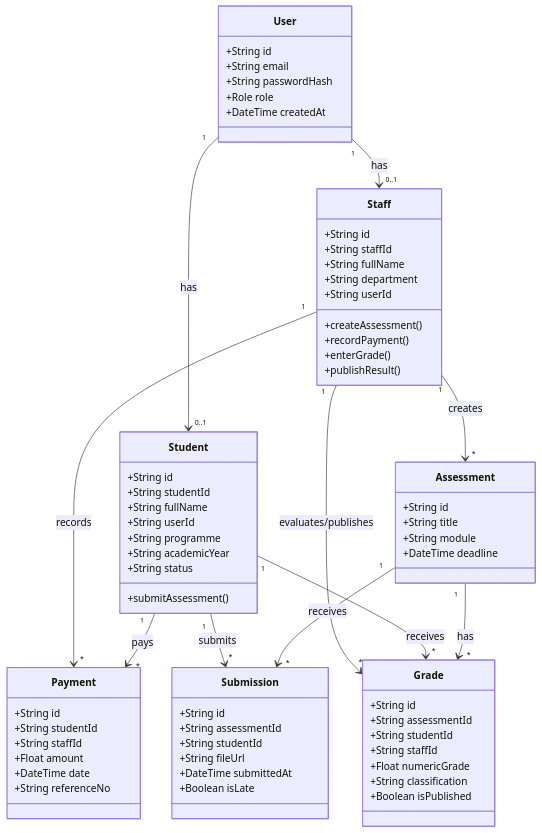
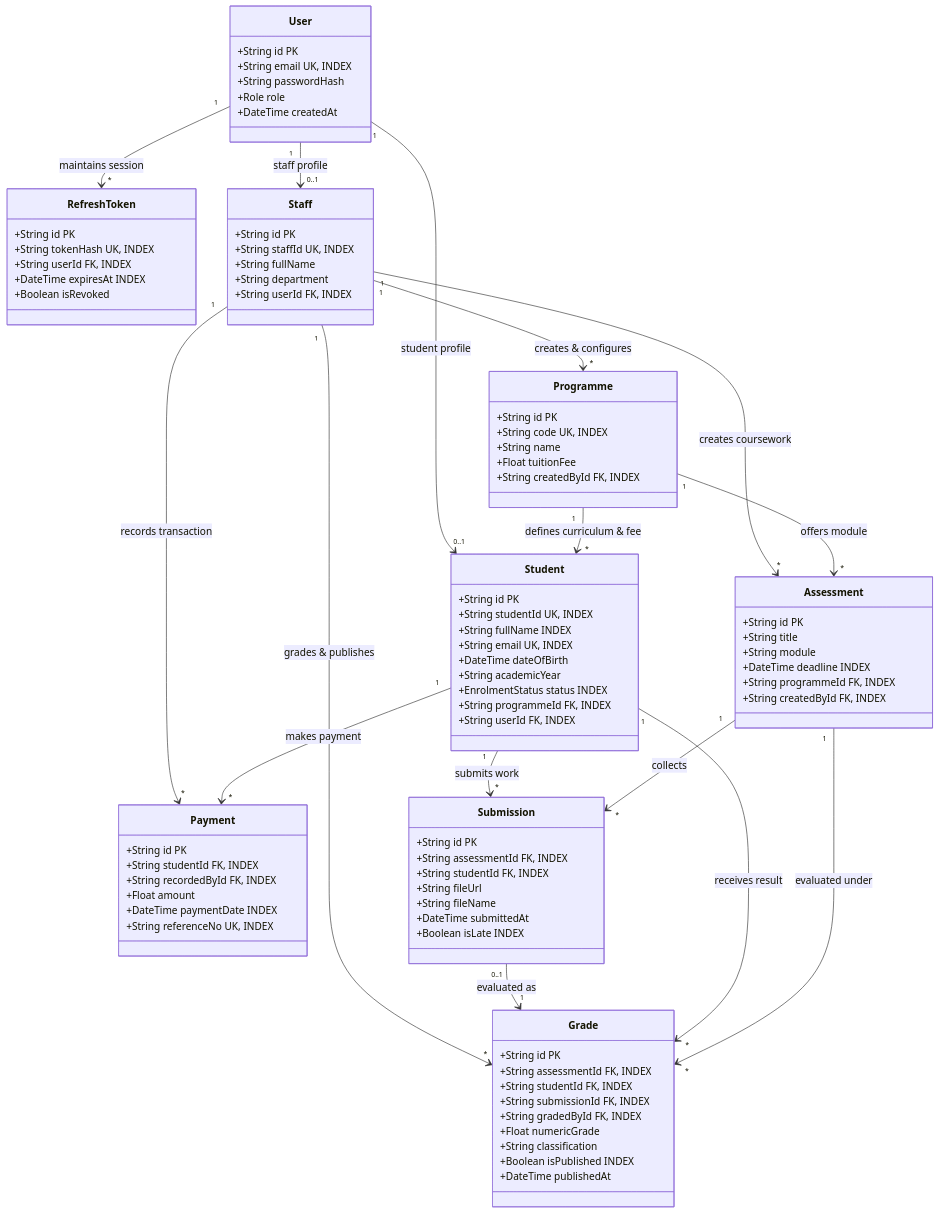
The second of 2 diagrams in README.md (M45um19/student_management_system), drawn with Mermaid before and after one commit. The commit also changed other lines of this file, not shown here.

Commit message:
docs: define system architecture, ER schema, and local setup guide

````diff
--- a/README.md
+++ b/README.md
@@ -48,80 +122,109 @@
 ```mermaid
 classDiagram
+    direction TB
+
     class User {
-        +String id
-        +String email
+        +String id PK
+        +String email UK, INDEX
         +String passwordHash
         +Role role
         +DateTime createdAt
     }
 
+    class RefreshToken {
+        +String id PK
+        +String tokenHash UK, INDEX
+        +String userId FK, INDEX
+        +DateTime expiresAt INDEX
+        +Boolean isRevoked
+    }
+
     class Staff {
-        +String id
-        +String staffId
+        +String id PK
+        +String staffId UK, INDEX
         +String fullName
         +String department
-        +String userId
-        +createAssessment()
-        +recordPayment()
-        +enterGrade()
-        +publishResult()
+        +String userId FK, INDEX
+    }
+
+    class Programme {
+        +String id PK
+        +String code UK, INDEX
+        +String name
+        +Float tuitionFee
+        +String createdById FK, INDEX
     }
 
     class Student {
-        +String id
-        +String studentId
-        +String fullName
-        +String userId
-        +String programme
+        +String id PK
+        +String studentId UK, INDEX
+        +String fullName INDEX
+        +String email UK, INDEX
+        +DateTime dateOfBirth
         +String academicYear
-        +String status
-        +submitAssessment()
+        +EnrolmentStatus status INDEX
+        +String programmeId FK, INDEX
+        +String userId FK, INDEX
+    }
+
+    class Payment {
+        +String id PK
+        +String studentId FK, INDEX
+        +String recordedById FK, INDEX
+        +Float amount
+        +DateTime paymentDate INDEX
+        +String referenceNo UK, INDEX
     }
 
     class Assessment {
-        +String id
+        +String id PK
         +String title
         +String module
-        +DateTime deadline
+        +DateTime deadline INDEX
+        +String programmeId FK, INDEX
+        +String createdById FK, INDEX
     }
 
     class Submission {
-        +String id
-        +String assessmentId
-        +String studentId
+        +String id PK
+        +String assessmentId FK, INDEX
+        +String studentId FK, INDEX
         +String fileUrl
+        +String fileName
         +DateTime submittedAt
-        +Boolean isLate
-    }
-
-    class Payment {
-        +String id
-        +String studentId
-        +String staffId
-        +Float amount
-        +DateTime date
-        +String referenceNo
+        +Boolean isLate INDEX
     }
 
     class Grade {
-        +String id
-        +String assessmentId
-        +String studentId
-        +String staffId
+        +String id PK
+        +String assessmentId FK, INDEX
+        +String studentId FK, INDEX
+        +String submissionId FK, INDEX
+        +String gradedById FK, INDEX
         +Float numericGrade
         +String classification
-        +Boolean isPublished
+        +Boolean isPublished INDEX
+        +DateTime publishedAt
     }
 
-    User "1" --> "0..1" Student : has
-    User "1" --> "0..1" Staff : has
-    Staff "1" --> "*" Assessment : creates
-    Staff "1" --> "*" Payment : records
-    Staff "1" --> "*" Grade : evaluates/publishes
-    Student "1" --> "*" Payment : pays
-    Student "1" --> "*" Submission : submits
-    Assessment "1" --> "*" Submission : receives
-    Student "1" --> "*" Grade : receives
-    Assessment "1" --> "*" Grade : has
+    %% Authentication & Identity
+    User "1" --> "*" RefreshToken : maintains session
+    User "1" --> "0..1" Staff : staff profile
+    User "1" --> "0..1" Student : student profile
 
+    %% Staff Governance & Registry Actions
+    Staff "1" --> "*" Programme : creates & configures
+    Staff "1" --> "*" Payment : records transaction
+    Staff "1" --> "*" Assessment : creates coursework
+    Staff "1" --> "*" Grade : grades & publishes
+
+    %% Student Academic & Financial Lifecycle
+    Programme "1" --> "*" Student : defines curriculum & fee
+    Programme "1" --> "*" Assessment : offers module
+    Student "1" --> "*" Payment : makes payment
+    Student "1" --> "*" Submission : submits work
+    Assessment "1" --> "*" Submission : collects
+    Submission "0..1" --> "1" Grade : evaluated as
+    Student "1" --> "*" Grade : receives result
+    Assessment "1" --> "*" Grade : evaluated under
 ```
````
